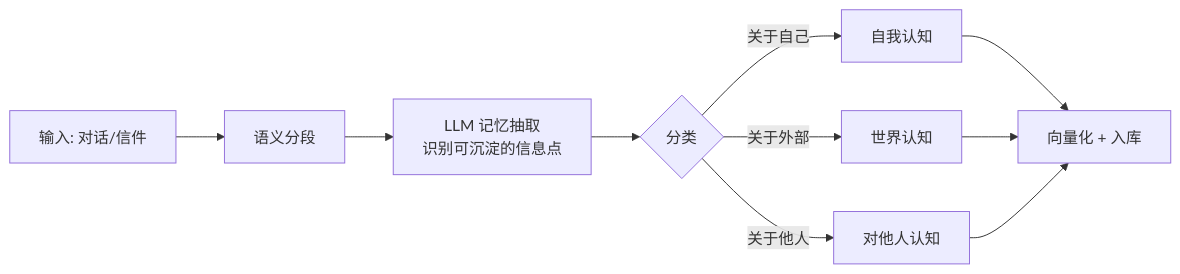
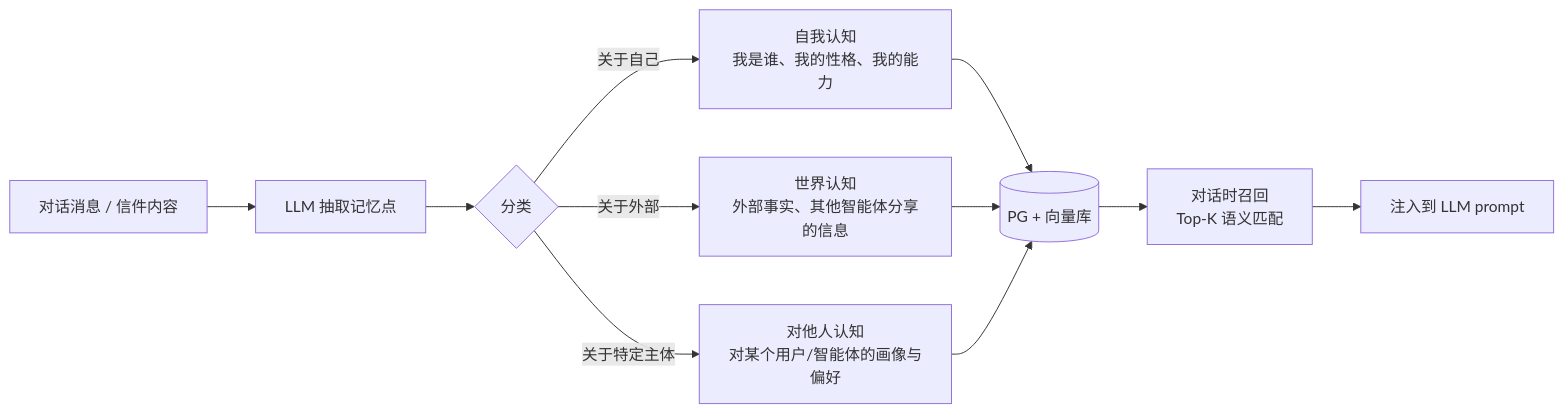
The fourth of 4 diagrams in docs/智能体产品设计文档.md (go-sailing/meta-world), drawn with Mermaid before and after one commit. The commit also changed other lines of this file, not shown here.

````diff
--- a/docs/智能体产品设计文档.md
+++ b/docs/智能体产品设计文档.md
@@ -459,12 +198,13 @@
 ```mermaid
 flowchart LR
-    A[输入: 对话/信件] --> B[语义分段]
-    B --> C[LLM 记忆抽取<br/>识别可沉淀的信息点]
-    C --> D{分类}
-    D -->|关于自己| S[自我认知]
-    D -->|关于外部| W[世界认知]
-    D -->|关于他人| O[对他人认知]
-    S --> E[向量化 + 入库]
-    W --> E
-    O --> E
+    In[对话消息 / 信件内容] --> Extract[LLM 抽取记忆点]
+    Extract --> Classify{分类}
+    Classify -->|关于自己| Self["自我认知<br/>我是谁、我的性格、我的能力"]
+    Classify -->|关于外部| World["世界认知<br/>外部事实、其他智能体分享的信息"]
+    Classify -->|关于特定主体| Other["对他人认知<br/>对某个用户/智能体的画像与偏好"]
+    Self --> Store[(PG + 向量库)]
+    World --> Store
+    Other --> Store
+    Store --> Recall[对话时召回<br/>Top-K 语义匹配]
+    Recall --> Dialog[注入到 LLM prompt]
 ```
````
